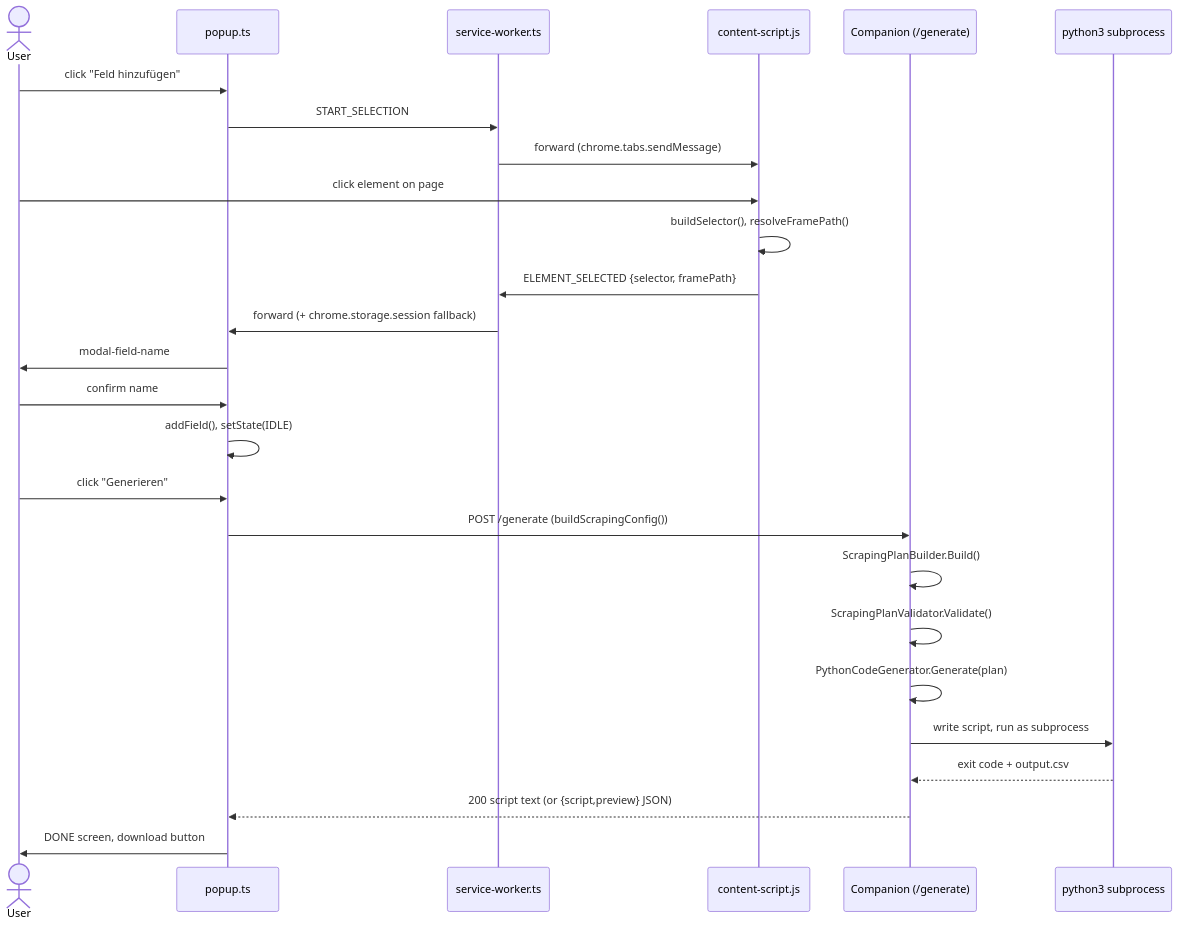
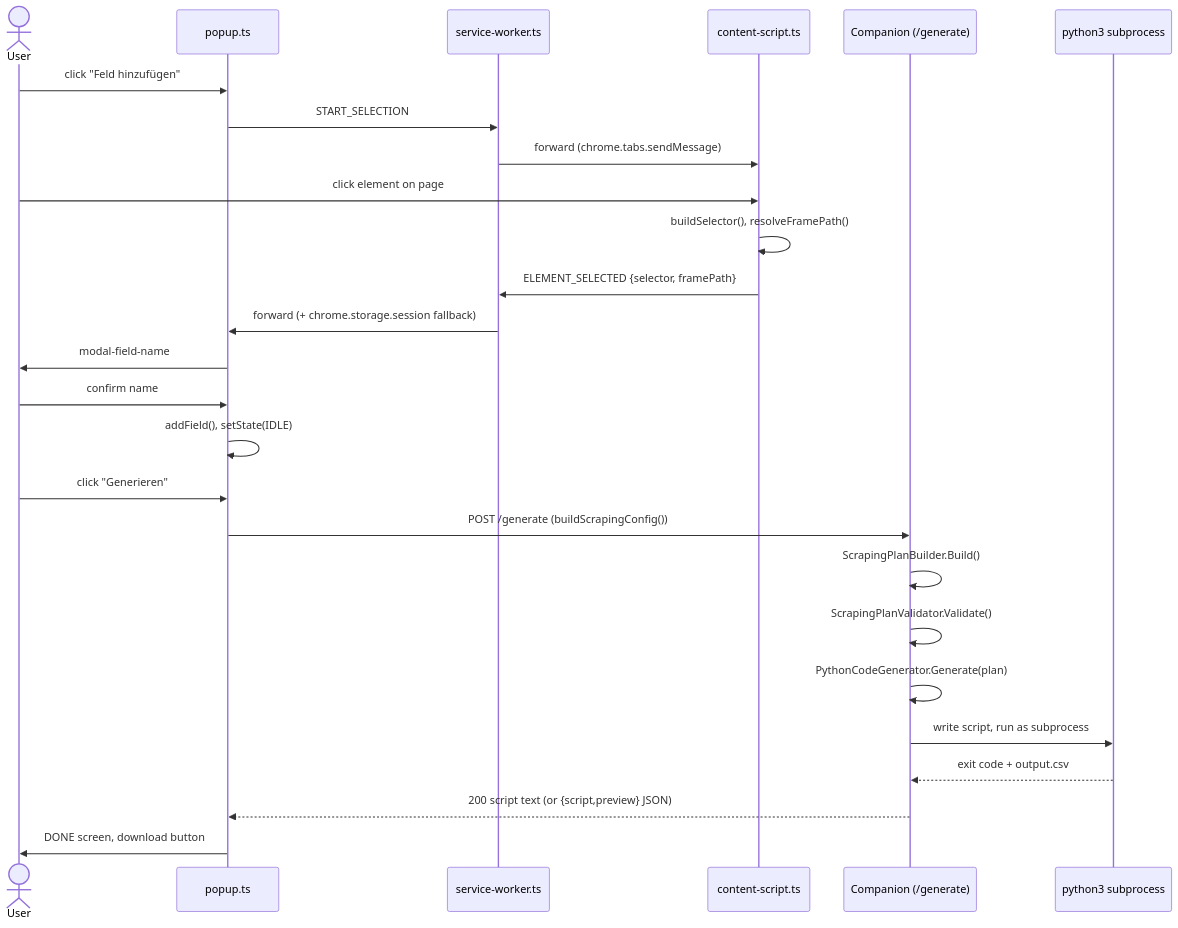
The seventh of 7 diagrams in docs/ARCHITECTURE.md (Aventinis/Scraping-Factory), drawn with Mermaid before and after one commit. The commit also changed other lines of this file and 13 other files, not shown here.

Commit message:
docs(extension): document the content-script conversion

````diff
--- a/docs/ARCHITECTURE.md
+++ b/docs/ARCHITECTURE.md
@@ -2389,29 +2389,29 @@
 ```mermaid
 sequenceDiagram
     actor User
     participant Popup as popup.ts
     participant SW as service-worker.ts
-    participant CS as content-script.js
+    participant CS as content-script.ts
     participant Comp as Companion (/generate)
     participant Py as python3 subprocess
 
     User->>Popup: click "Feld hinzufügen"
     Popup->>SW: START_SELECTION
     SW->>CS: forward (chrome.tabs.sendMessage)
     User->>CS: click element on page
     CS->>CS: buildSelector(), resolveFramePath()
     CS->>SW: ELEMENT_SELECTED {selector, framePath}
     SW->>Popup: forward (+ chrome.storage.session fallback)
     Popup->>User: modal-field-name
     User->>Popup: confirm name
     Popup->>Popup: addField(), setState(IDLE)
     User->>Popup: click "Generieren"
     Popup->>Comp: POST /generate (buildScrapingConfig())
     Comp->>Comp: ScrapingPlanBuilder.Build()
     Comp->>Comp: ScrapingPlanValidator.Validate()
     Comp->>Comp: PythonCodeGenerator.Generate(plan)
     Comp->>Py: write script, run as subprocess
     Py-->>Comp: exit code + output.csv
     Comp-->>Popup: 200 script text (or {script,preview} JSON)
     Popup->>User: DONE screen, download button
 ```
````
